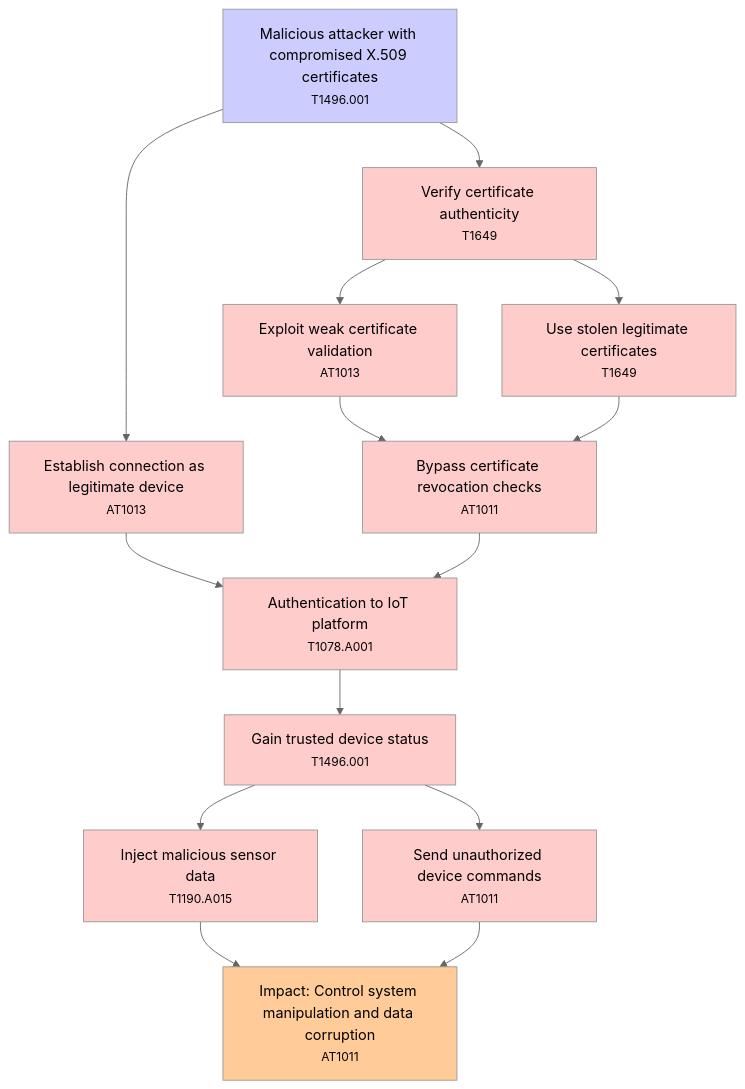
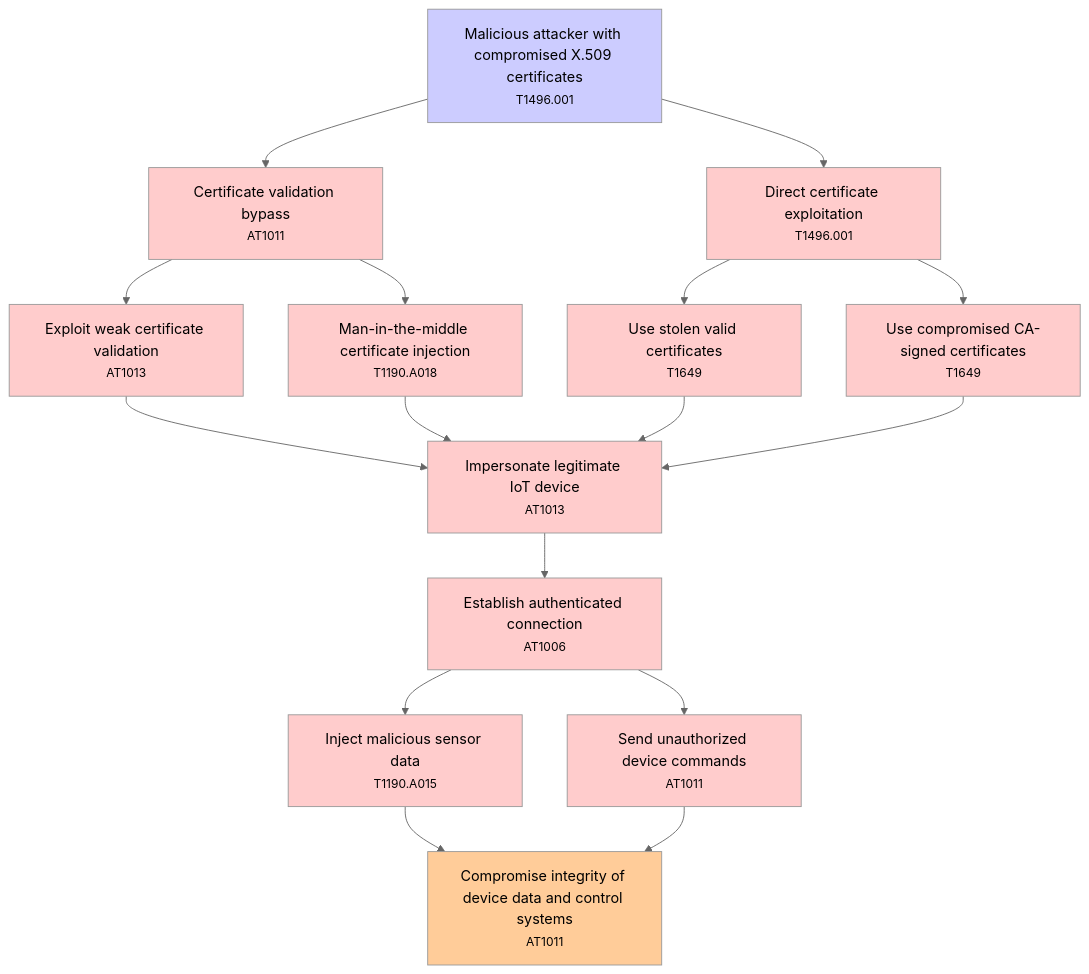
The diagram in threatforest-agentic-application/examples/iot-device-management/threatforest/mitigated/mitigated_enriched_attack_tree_T001_authentication.md (aws-samples/sample-agentic-attack-tree-generator), drawn with Mermaid (neutral theme) before and after one commit. The commit also changed other lines of this file and 44 other files, not shown here.

````diff
--- a/threatforest-agentic-application/examples/iot-device-management/threatforest/mitigated/mitigated_enriched_attack_tree_T001_authentication.md
+++ b/threatforest-agentic-application/examples/iot-device-management/threatforest/mitigated/mitigated_enriched_attack_tree_T001_authentication.md
@@ -19,25 +19,26 @@
 ```mermaid
 graph TD
-    A["Malicious attacker with compromised X.509 certificates<br/><small>T1496.001</small>"] --> B["Certificate validation<br/><small>T1190.A004</small>"]
-    A --> C["Direct device impersonation<br/><small>AT1013</small>"]
-    B["Verify certificate authenticity<br/><small>T1649</small>"] --> D["Exploit weak certificate validation<br/><small>AT1013</small>"]
-    B --> E["Use stolen legitimate certificates<br/><small>T1649</small>"]
-    D --> F["Bypass certificate revocation checks<br/><small>AT1011</small>"]
-    E --> F
-    C["Establish connection as legitimate device<br/><small>AT1013</small>"] --> G["Authentication to IoT platform<br/><small>T1078.A001</small>"]
-    F --> G
-    G --> H["Gain trusted device status<br/><small>T1496.001</small>"]
-    H --> I["Inject malicious sensor data<br/><small>T1190.A015</small>"]
-    H --> J["Send unauthorized device commands<br/><small>AT1011</small>"]
-    I --> K["Compromise data integrity<br/><small>T1530.A002</small>"]
-    J --> K
-    K["Impact: Control system manipulation and data corruption<br/><small>AT1011</small>"]
+    A["Malicious attacker with compromised X.509 certificates<br/><small>T1496.001</small>"] --> B["Certificate validation bypass<br/><small>AT1011</small>"]
+    A --> C["Direct certificate exploitation<br/><small>T1496.001</small>"]
+    B --> D["Exploit weak certificate validation<br/><small>AT1013</small>"]
+    B --> E["Man-in-the-middle certificate injection<br/><small>T1190.A018</small>"]
+    C --> F["Use stolen valid certificates<br/><small>T1649</small>"]
+    C --> G["Use compromised CA-signed certificates<br/><small>T1649</small>"]
+    D --> H["Impersonate legitimate IoT device<br/><small>AT1013</small>"]
+    E --> H
+    F --> H
+    G --> H
+    H --> I["Establish authenticated connection<br/><small>AT1006</small>"]
+    I --> J["Inject malicious sensor data<br/><small>T1190.A015</small>"]
+    I --> K["Send unauthorized device commands<br/><small>AT1011</small>"]
+    J --> L["Compromise integrity of device data and control systems<br/><small>AT1011</small>"]
+    K --> L
     classDef attack fill:#ffcccc
     classDef goal fill:#ffcc99
     classDef fact fill:#ccccff
-    class B,C,D,E,F,G,H,I,J attack
-    class K goal
+    class B,C,D,E,F,G,H,I,J,K attack
+    class L goal
     class A fact
     classDef mitigation fill:#ccffcc
     classDef mitigation fill:#ADD8E6,stroke:#4682B4,stroke-width:2px
 ```
````
